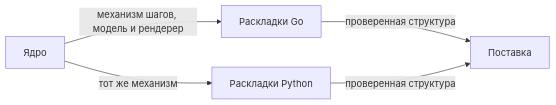
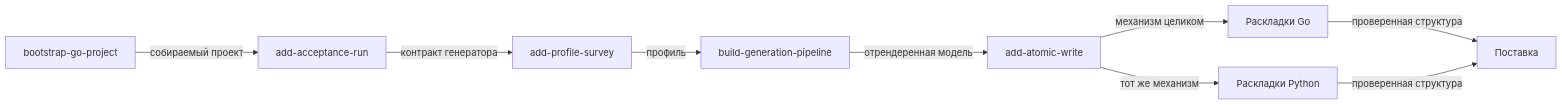
Before and after one commit to united-software-platform/extruder: the third of 4 diagrams in docs/project-plan.md, drawn with Mermaid. The commit also changed other lines of this file and 1 other file, not shown here.

````diff
--- a/docs/project-plan.md
+++ b/docs/project-plan.md
@@ -188,7 +189,11 @@
 ```mermaid
 flowchart LR
-    K[Ядро] -->|механизм шагов, модель и рендерер| G[Раскладки Go]
-    K -->|тот же механизм| P[Раскладки Python]
+    B[bootstrap-go-project] -->|собираемый проект| A[add-acceptance-run]
+    A -->|контракт генератора| I[add-profile-survey]
+    I -->|профиль| PL[build-generation-pipeline]
+    PL -->|отрендеренная модель| W[add-atomic-write]
+    W -->|механизм целиком| G[Раскладки Go]
+    W -->|тот же механизм| P[Раскладки Python]
     G -->|проверенная структура| S[Поставка]
     P -->|проверенная структура| S
 ```
````
